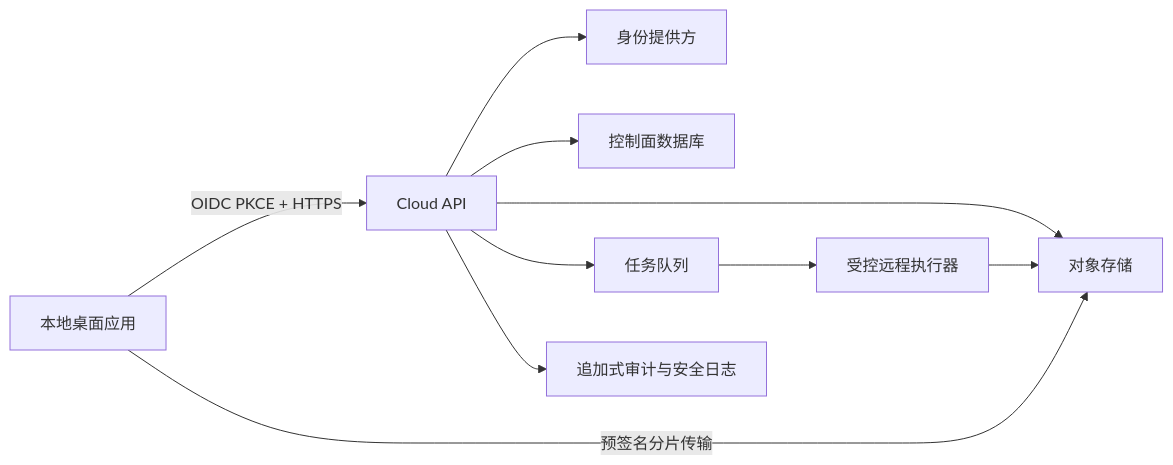
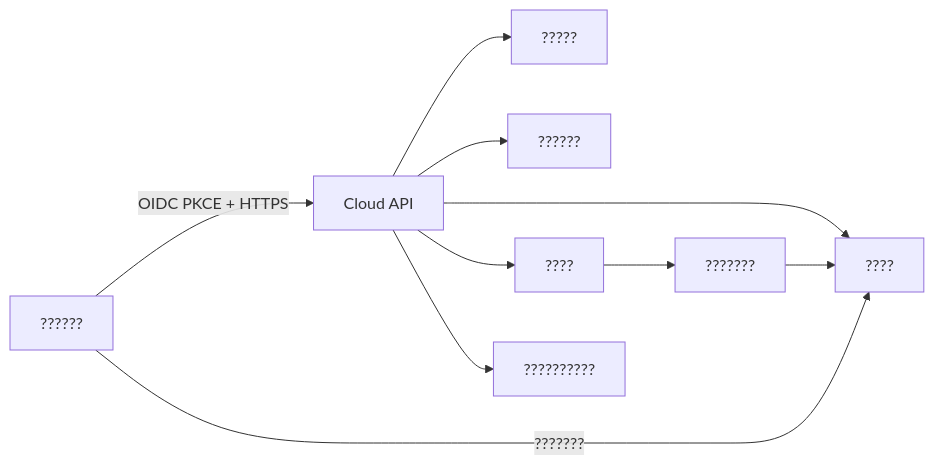
The diagram in docs/adr/cloud/cloud-collaboration-threat-model.md (yh2561692675-prog/ppt-video-workbench-v3), drawn with Mermaid before and after one commit. The commit also changed other lines of this file and 61 other files, not shown here.

````diff
--- a/docs/adr/cloud/cloud-collaboration-threat-model.md
+++ b/docs/adr/cloud/cloud-collaboration-threat-model.md
@@ -19,12 +19,12 @@
 ```mermaid
 flowchart LR
-    Desktop["本地桌面应用"] -->|"OIDC PKCE + HTTPS"| API["Cloud API"]
-    API --> Auth["身份提供方"]
-    API --> DB["控制面数据库"]
-    API --> Obj["对象存储"]
-    Desktop -->|"预签名分片传输"| Obj
-    API --> Queue["任务队列"]
-    Queue --> Exec["受控远程执行器"]
+    Desktop["??????"] -->|"OIDC PKCE + HTTPS"| API["Cloud API"]
+    API --> Auth["?????"]
+    API --> DB["??????"]
+    API --> Obj["????"]
+    Desktop -->|"???????"| Obj
+    API --> Queue["????"]
+    Queue --> Exec["???????"]
     Exec --> Obj
-    API --> Audit["追加式审计与安全日志"]
+    API --> Audit["??????????"]
 ```
````
